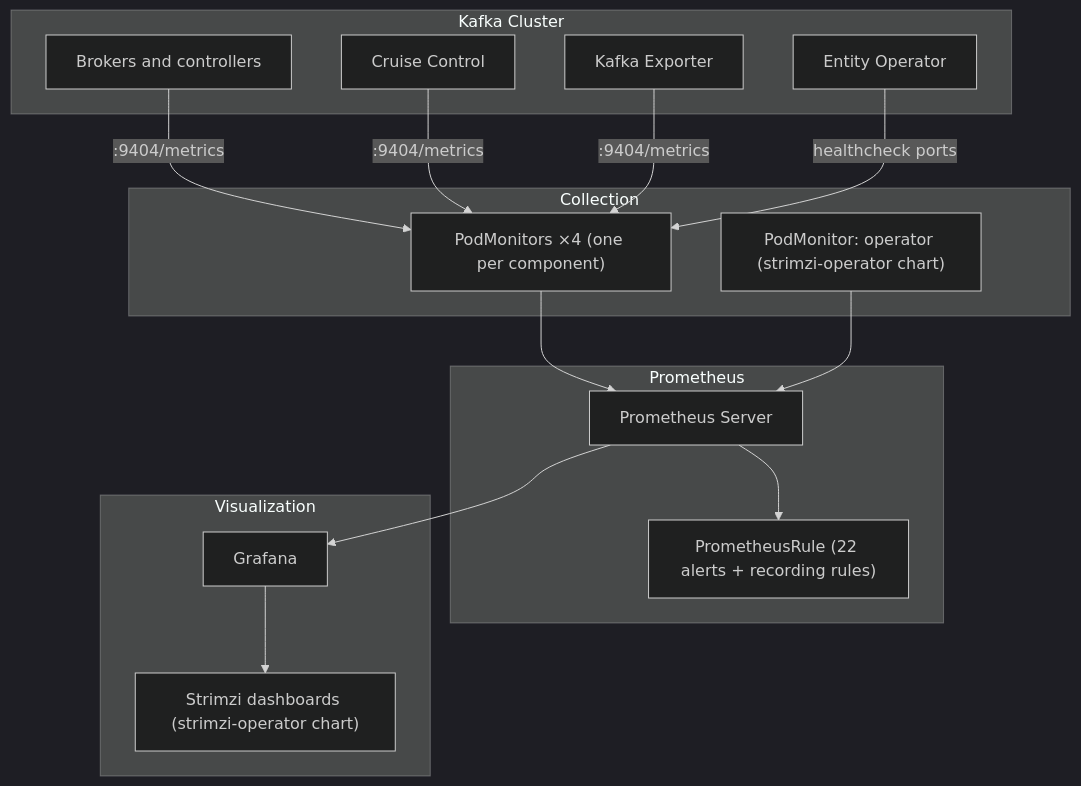
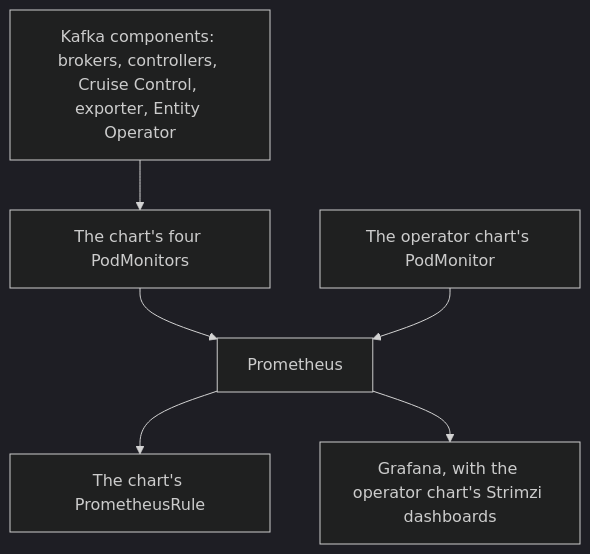
Before and after one commit to bmscomp/kates: the fourth of 4 diagrams in docs/book/20-installation-guide.md, drawn with Mermaid (dark theme). The commit also changed other lines of this file and 52 other files, not shown here.

````diff
--- a/docs/book/20-installation-guide.md
+++ b/docs/book/20-installation-guide.md
@@ -1440,34 +1131,17 @@
 ```mermaid
 %%| label: fig-install-observability-architecture
-%%| fig-cap: "End-to-end observability pipeline from Kafka component metrics endpoints through PodMonitors and Prometheus to Grafana dashboards."
-%%| fig-alt: "Flowchart showing four Kafka Cluster components (Brokers and controllers, Cruise Control, Kafka Exporter on :9404/metrics, and Entity Operator on healthcheck ports) scraped by 4 PodMonitors in the Collection layer alongside the operator PodMonitor from the strimzi-operator chart. Both feed Prometheus Server, which evaluates the PrometheusRule (22 alerts + recording rules) and serves Grafana with the Strimzi dashboards."
-graph TB
-    subgraph "Kafka Cluster"
-        B["Brokers and controllers"]
-        CC["Cruise Control"]
-        KE["Kafka Exporter"]
-        EO["Entity Operator"]
-    end
-    subgraph "Collection"
-        PM["PodMonitors ×4 (one per component)"]
-        PO["PodMonitor: operator (strimzi-operator chart)"]
-    end
-    subgraph "Prometheus"
-        P["Prometheus Server"]
-        PR["PrometheusRule (22 alerts + recording rules)"]
-    end
-    subgraph "Visualization"
-        G["Grafana"]
-        D["Strimzi dashboards (strimzi-operator chart)"]
-    end
-
-    B -->|":9404/metrics"| PM
-    CC -->|":9404/metrics"| PM
-    KE -->|":9404/metrics"| PM
-    EO -->|"healthcheck ports"| PM
+%%| fig-cap: "The chart ships the scrape targets and the rules; the dashboards come from the operator chart."
+%%| fig-alt: "Flowchart. The Kafka components, brokers and controllers, Cruise Control, Kafka Exporter and Entity Operator, are scraped through the chart's four PodMonitors, alongside the operator chart's PodMonitor. Prometheus evaluates the chart's PrometheusRule and serves Grafana, whose Strimzi dashboards come from the strimzi-operator chart."
+flowchart TB
+    C["Kafka components: brokers, controllers, Cruise Control, exporter, Entity Operator"]
+    PM["The chart's four PodMonitors"]
+    PO["The operator chart's PodMonitor"]
+    P["Prometheus"]
+    PR["The chart's PrometheusRule"]
+    G["Grafana, with the operator chart's Strimzi dashboards"]
+    C --> PM
     PM --> P
     PO --> P
     P --> PR
     P --> G
-    G --> D
 ```
````
